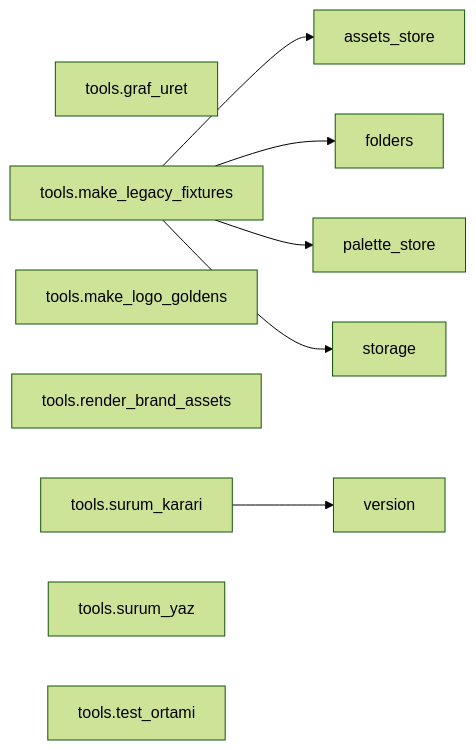
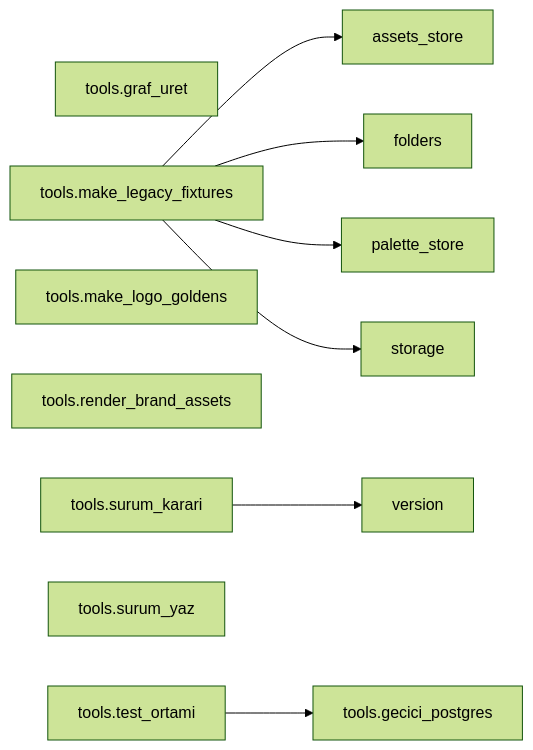
One commit to Zenginby/kromis changed the second of 2 diagrams in docs/graflar/moduller.md. Above: the diagram before and after it, drawn with Mermaid (forest theme). The commit also changed other lines of this file and 27 other files, not shown here.

````diff
--- a/docs/graflar/moduller.md
+++ b/docs/graflar/moduller.md
@@ -428,15 +432,17 @@
 ```mermaid
 flowchart LR
+  n_tools_gecici_postgres["tools.gecici_postgres"]
   n_tools_graf_uret["tools.graf_uret"]
   n_tools_make_legacy_fixtures["tools.make_legacy_fixtures"]
   n_tools_make_legacy_fixtures --> n_assets_store["assets_store"]
   n_tools_make_legacy_fixtures --> n_folders["folders"]
   n_tools_make_legacy_fixtures --> n_palette_store["palette_store"]
   n_tools_make_legacy_fixtures --> n_storage["storage"]
   n_tools_make_logo_goldens["tools.make_logo_goldens"]
   n_tools_render_brand_assets["tools.render_brand_assets"]
   n_tools_surum_karari["tools.surum_karari"]
   n_tools_surum_karari --> n_version["version"]
   n_tools_surum_yaz["tools.surum_yaz"]
   n_tools_test_ortami["tools.test_ortami"]
+  n_tools_test_ortami --> n_tools_gecici_postgres["tools.gecici_postgres"]
 ```
````
